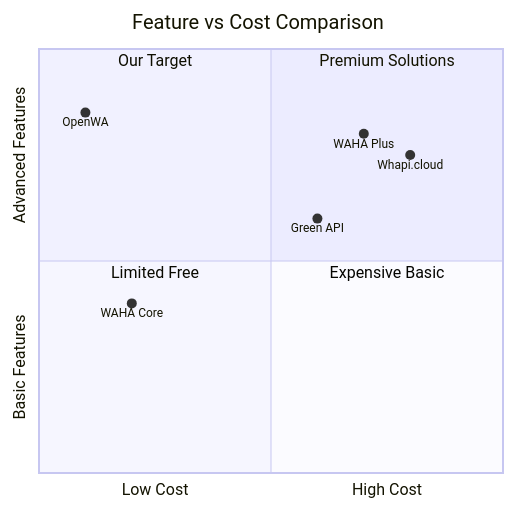
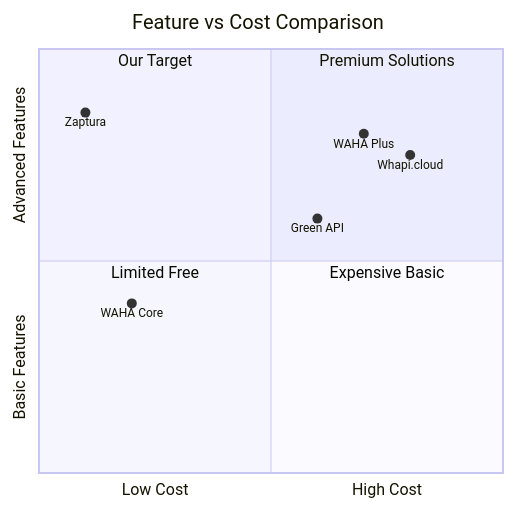
The fourth of 5 diagrams in docs/01-project-overview.md (AsmSafone/Whatsapp-SaaS), drawn with Mermaid before and after one commit. The commit also changed other lines of this file and 940 other files, not shown here.

````diff
--- a/docs/01-project-overview.md
+++ b/docs/01-project-overview.md
@@ -188,16 +188,16 @@
 ```mermaid
 quadrantChart
     title Feature vs Cost Comparison
     x-axis Low Cost --> High Cost
     y-axis Basic Features --> Advanced Features
     quadrant-1 Premium Solutions
     quadrant-2 Our Target
     quadrant-3 Limited Free
     quadrant-4 Expensive Basic
 
     WAHA Plus: [0.7, 0.8]
     WAHA Core: [0.2, 0.4]
     Whapi.cloud: [0.8, 0.75]
     Green API: [0.6, 0.6]
-    OpenWA: [0.1, 0.85]
+    Zaptura: [0.1, 0.85]
 ```
````
